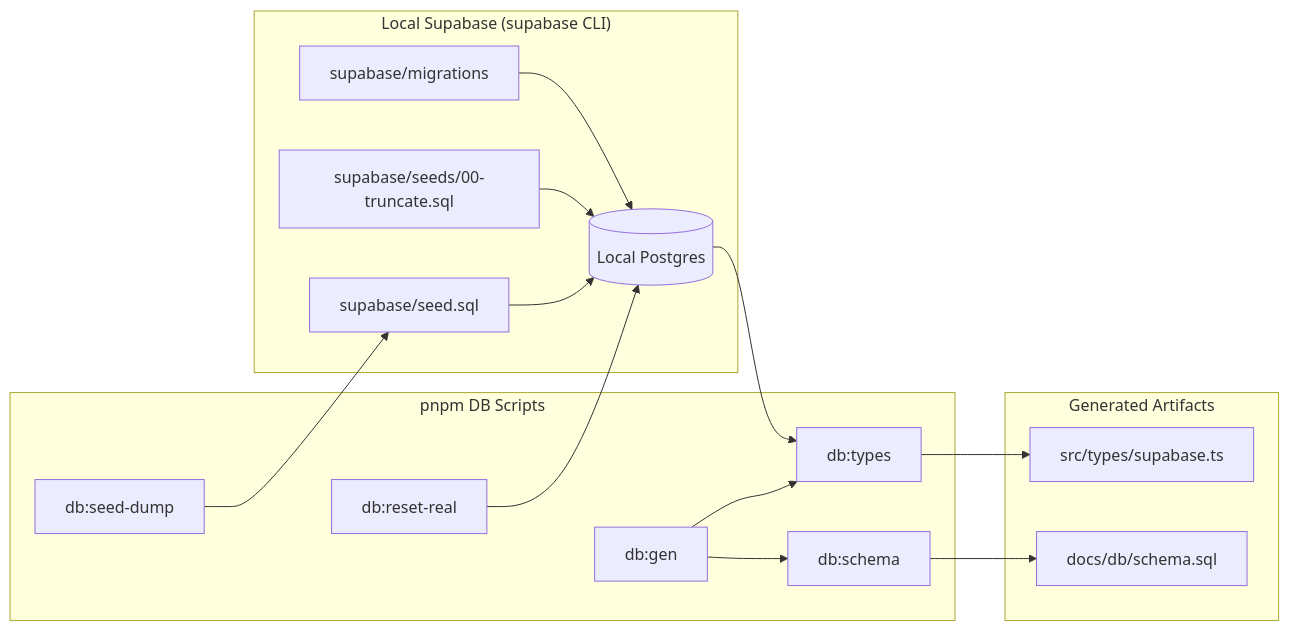
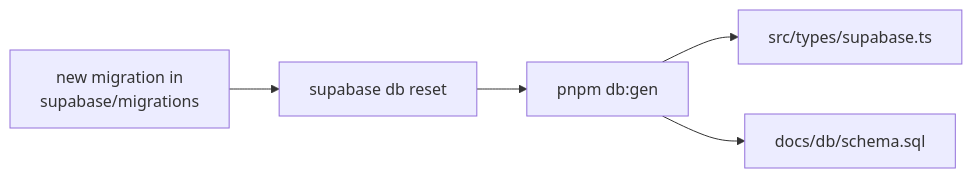
Before and after one commit to jackcasstlesjones/ozeaon-wiki: the diagram in src/content/docs/overview/getting-started.md, drawn with Mermaid. The commit also changed other lines of this file and 3 other files, not shown here.

````diff
--- a/src/content/docs/overview/getting-started.md
+++ b/src/content/docs/overview/getting-started.md
@@ -245,29 +32,7 @@
 ```mermaid
 flowchart LR
-    subgraph sg_Local["Local Supabase (supabase CLI)"]
-        Migrations["supabase/migrations"] --> LocalDB[("Local Postgres")]
-        Truncate["supabase/seeds/00-truncate.sql"] --> LocalDB
-        SeedSQL["supabase/seed.sql"] --> LocalDB
-    end
-
-    subgraph sg_Scripts["pnpm DB Scripts"]
-        SchemaScript["db:schema"]
-        TypesScript["db:types"]
-        GenScript["db:gen"]
-        DumpScript["db:seed-dump"]
-        ResetScript["db:reset-real"]
-    end
-
-    subgraph sg_Outputs["Generated Artifacts"]
-        SupabaseTS["src/types/supabase.ts"]
-        SchemaDoc["docs/db/schema.sql"]
-    end
-
-    LocalDB --> TypesScript
-    TypesScript --> SupabaseTS
-    SchemaScript --> SchemaDoc
-    GenScript --> SchemaScript
-    GenScript --> TypesScript
-    ResetScript --> LocalDB
-    DumpScript --> SeedSQL
+    Migration["new migration in<br/>supabase/migrations"] --> Reset["supabase db reset"]
+    Reset --> Gen["pnpm db:gen"]
+    Gen --> Types["src/types/supabase.ts"]
+    Gen --> Schema["docs/db/schema.sql"]
 ```
````
